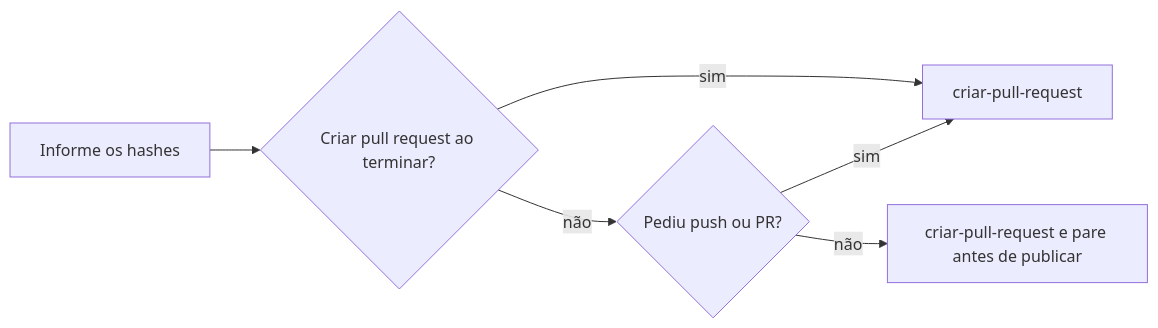
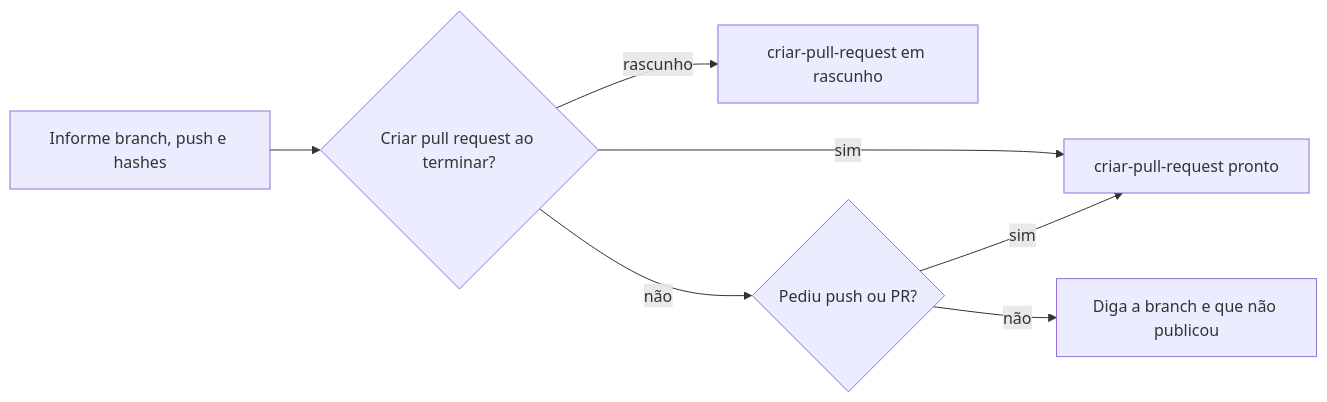
One commit to jimmyandrade/harness changed the second of 2 diagrams in .agents/skills/criar-commit/SKILL.md. Above: the diagram before and after it, drawn with Mermaid. The commit also changed other lines of this file and 8 other files, not shown here.

First line of the commit message:
feat: open a draft pull request when a code change ends (#470)

````diff
--- a/.agents/skills/criar-commit/SKILL.md
+++ b/.agents/skills/criar-commit/SKILL.md
@@ -72,8 +72,9 @@
 ```mermaid
 flowchart LR
-  H[Informe os hashes] --> P{Criar pull request ao terminar?}
-  P -->|sim| B[criar-pull-request]
+  H[Informe branch, push e hashes] --> P{Criar pull request ao terminar?}
+  P -->|rascunho| B[criar-pull-request em rascunho]
+  P -->|sim| C[criar-pull-request pronto]
   P -->|não| A{Pediu push ou PR?}
-  A -->|sim| B
-  A -->|não| C[criar-pull-request e pare antes de publicar]
+  A -->|sim| C
+  A -->|não| D[Diga a branch e que não publicou]
 ```
````
